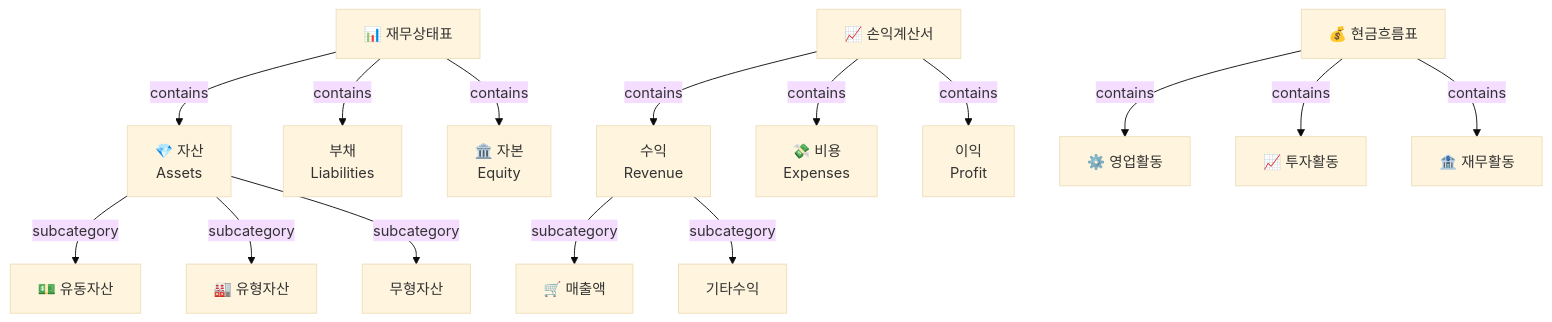
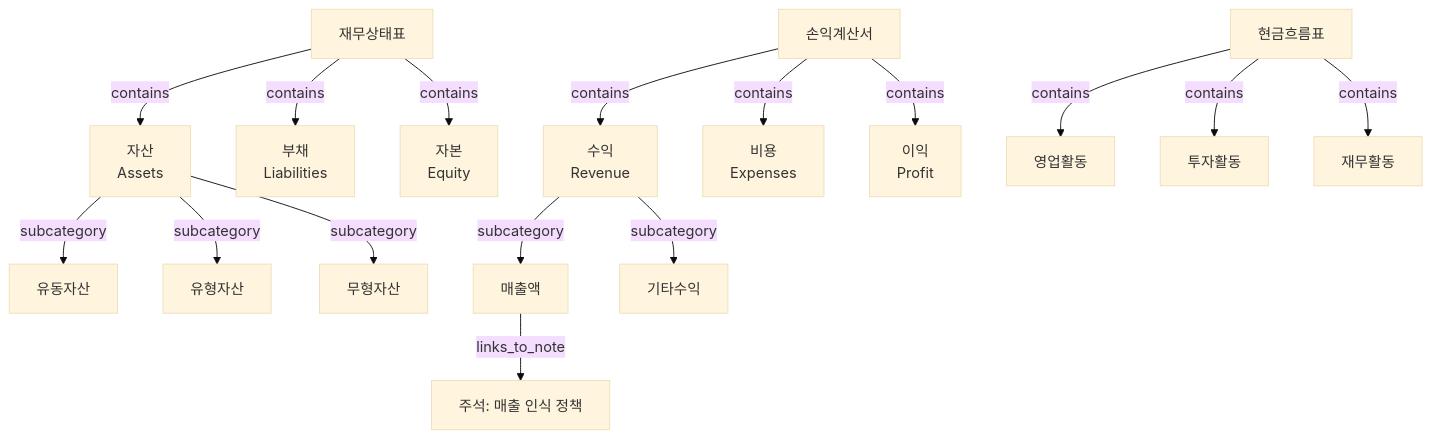
Before and after one commit to tae1344/SNU_2025_NLP_project: the second of 5 diagrams in KD 아키텍처 설계.md, drawn with Mermaid (base theme). The commit also changed other lines of this file, not shown here.

````diff
--- a/KD 아키텍처 설계.md
+++ b/KD 아키텍처 설계.md
@@ -43,24 +50,28 @@
 ```mermaid
 graph TD
     %% 재무상태표 세부 구조
-    BS[📊 재무상태표] --> |contains| Assets[💎 자산<br/>Assets]
+    BS[재무상태표] --> |contains| Assets[자산<br/>Assets]
     BS --> |contains| Liabilities[부채<br/>Liabilities]
-    BS --> |contains| Equity[🏛️ 자본<br/>Equity]
+    BS --> |contains| Equity[자본<br/>Equity]
     
-    Assets --> |subcategory| CurrentAssets[💵 유동자산]
-    Assets --> |subcategory| FixedAssets[🏭 유형자산]
+    Assets --> |subcategory| CurrentAssets[유동자산]
+    Assets --> |subcategory| FixedAssets[유형자산]
     Assets --> |subcategory| IntangibleAssets[무형자산]
     
     %% 손익계산서 세부 구조
-    PL[📈 손익계산서] --> |contains| Revenue[수익<br/>Revenue]
-    PL --> |contains| Expenses[💸 비용<br/>Expenses]
+    PL[손익계산서] --> |contains| Revenue[수익<br/>Revenue]
+    PL --> |contains| Expenses[비용<br/>Expenses]
     PL --> |contains| Profit[이익<br/>Profit]
     
-    Revenue --> |subcategory| Sales[🛒 매출액]
+    Revenue --> |subcategory| Sales[매출액]
     Revenue --> |subcategory| OtherIncome[기타수익]
     
     %% 현금흐름표 세부 구조
-    CF[💰 현금흐름표] --> |contains| Operating[⚙️ 영업활동]
-    CF --> |contains| Investing[📈 투자활동]
-    CF --> |contains| Financing[🏦 재무활동]
+    CF[현금흐름표] --> |contains| Operating[영업활동]
+    CF --> |contains| Investing[투자활동]
+    CF --> |contains| Financing[재무활동]
+
+    %% 주석 연결 예시 (FS 라인 → 주석)
+    NoteSales[주석: 매출 인식 정책]
+    Sales[매출액] --> |links_to_note| NoteSales
 ```
````
